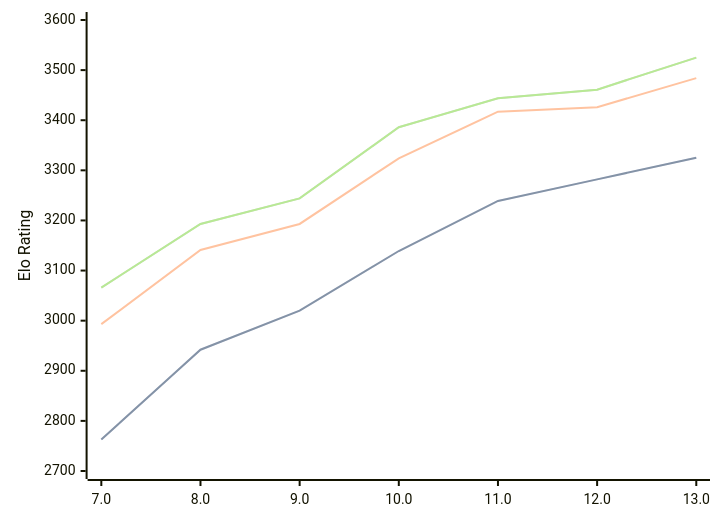
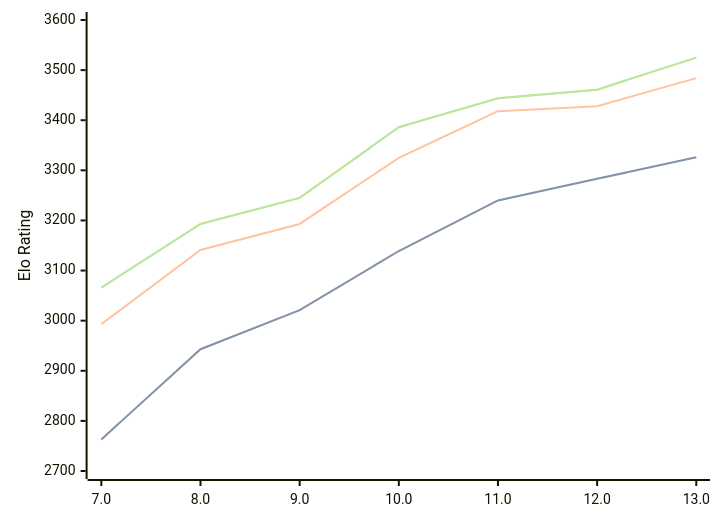
Before and after one commit to computer-chess-index/cci: the diagram in engines/Tcheran.md, drawn with Mermaid. The commit also changed other lines of this file, not shown here.

Commit message:
Update CCI Ratings (ELO VLTC) - 2026-08-27

````diff
--- a/engines/Tcheran.md
+++ b/engines/Tcheran.md
@@ -37,11 +37,11 @@
 ```mermaid
 %%{init: {"theme":"base","themeVariables":{"seriesColors:['#a3a3a3','#222221','#faa371']}}}%%
 xychart-beta
   x-axis ["7.0", "8.0", "9.0", "10.0", "11.0", "12.0", "13.0"]
   y-axis "Elo Rating" 2700 --> 3600
-  line "STC (8.0+0.08s)" [2763, 2942, 3020, 3139, 3239, 3282, 3325]
-  line "STC (8.0+0.08s)" [2763, 2942, 3020, 3139, 3239, 3282, 3325]
-  line "LTC (60.0+0.60s)" [2993, 3141, 3193, 3324, 3417, 3426, 3484]
-  line "VLTC (2m24s+1.12s)" [3066, 3193, 3244, 3386, 3444, 3461, 3525]
-  line "VLTC (2m24s+1.12s)" [3066, 3193, 3244, 3386, 3444, 3461, 3525]
+  line "STC (8.0+0.08s)" [2763, 2943, 3021, 3139, 3240, 3283, 3326]
+  line "STC (8.0+0.08s)" [2763, 2943, 3021, 3139, 3240, 3283, 3326]
+  line "LTC (60.0+0.60s)" [2993, 3141, 3193, 3325, 3418, 3428, 3484]
+  line "VLTC (2m24s+1.12s)" [3066, 3193, 3245, 3386, 3444, 3461, 3525]
+  line "VLTC (2m24s+1.12s)" [3066, 3193, 3245, 3386, 3444, 3461, 3525]
 ```
````
